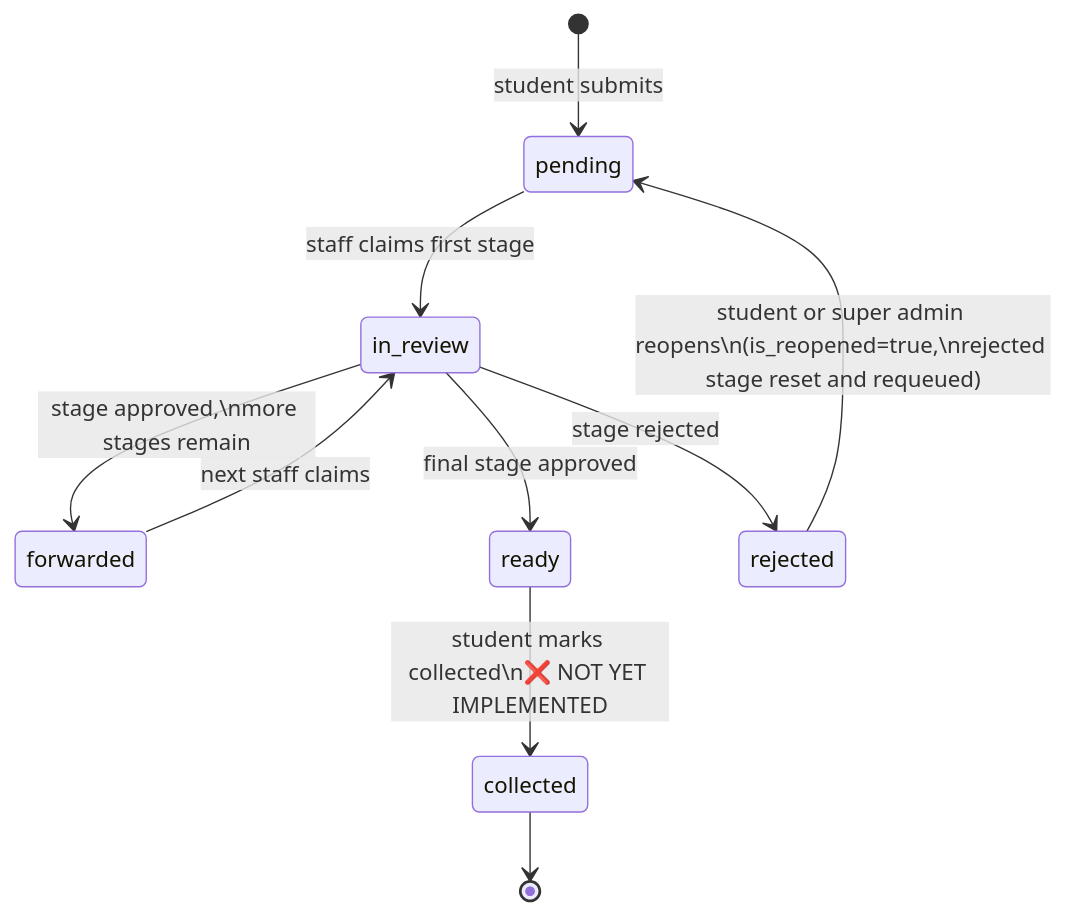
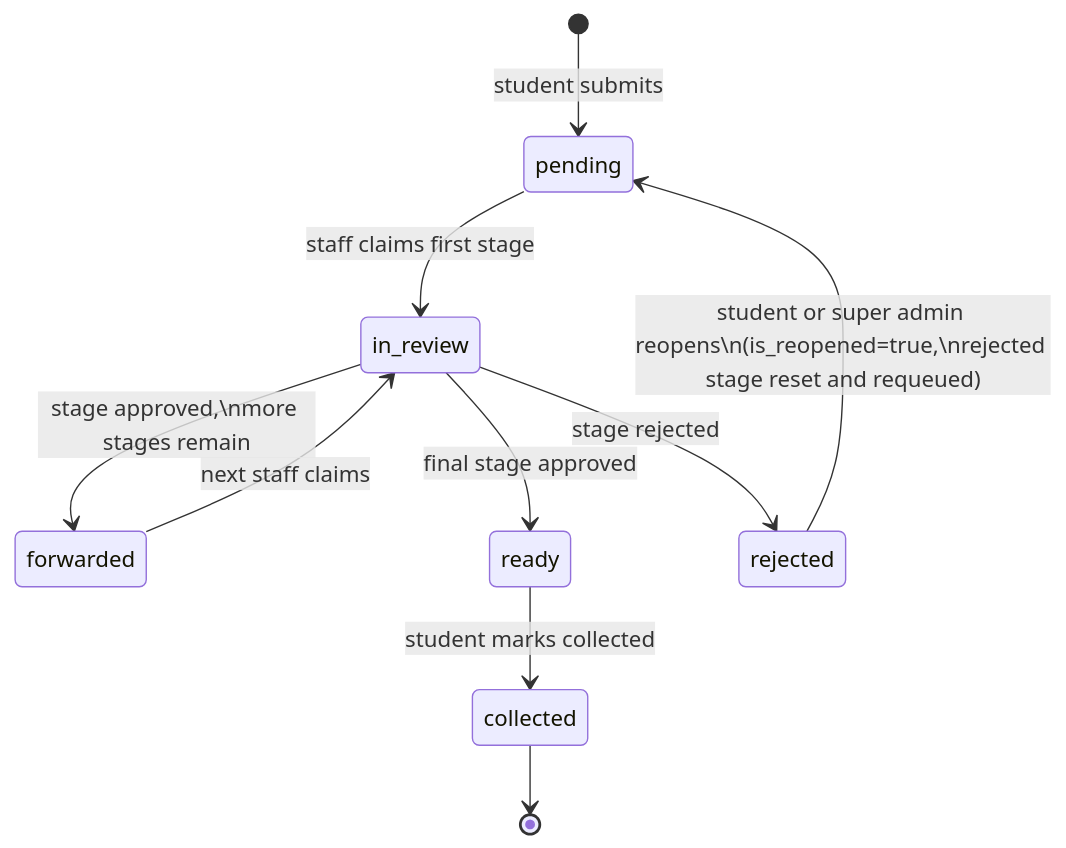
Before and after one commit to Sama-Mokom/CampusDesk: the second of 4 diagrams in Docs/DATABASE.md, drawn with Mermaid. The commit also changed other lines of this file and 37 other files, not shown here.

````diff
--- a/Docs/DATABASE.md
+++ b/Docs/DATABASE.md
@@ -372,12 +376,12 @@
 ```mermaid
 stateDiagram-v2
     [*] --> pending : student submits
     pending --> in_review : staff claims first stage
     in_review --> forwarded : stage approved,\nmore stages remain
     forwarded --> in_review : next staff claims
     in_review --> ready : final stage approved
     in_review --> rejected : stage rejected
     rejected --> pending : student or super admin reopens\n(is_reopened=true,\nrejected stage reset and requeued)
-    ready --> collected : student marks collected\n❌ NOT YET IMPLEMENTED
+    ready --> collected : student marks collected
     collected --> [*]
 ```
````
